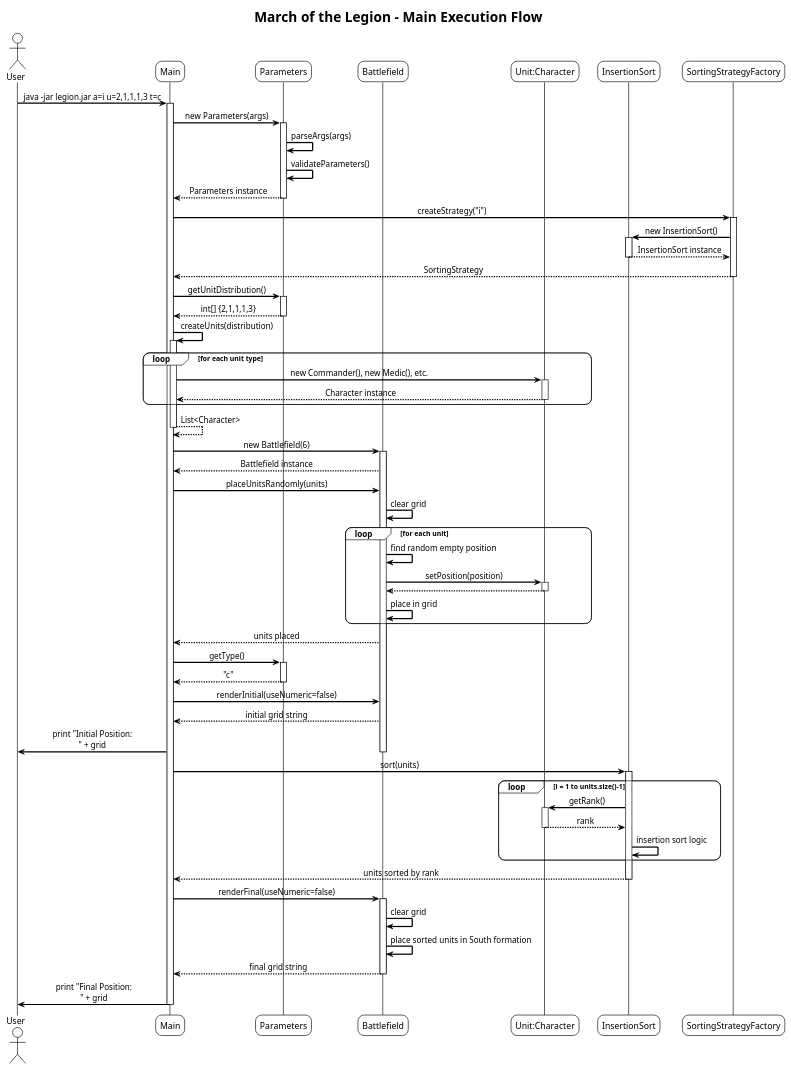
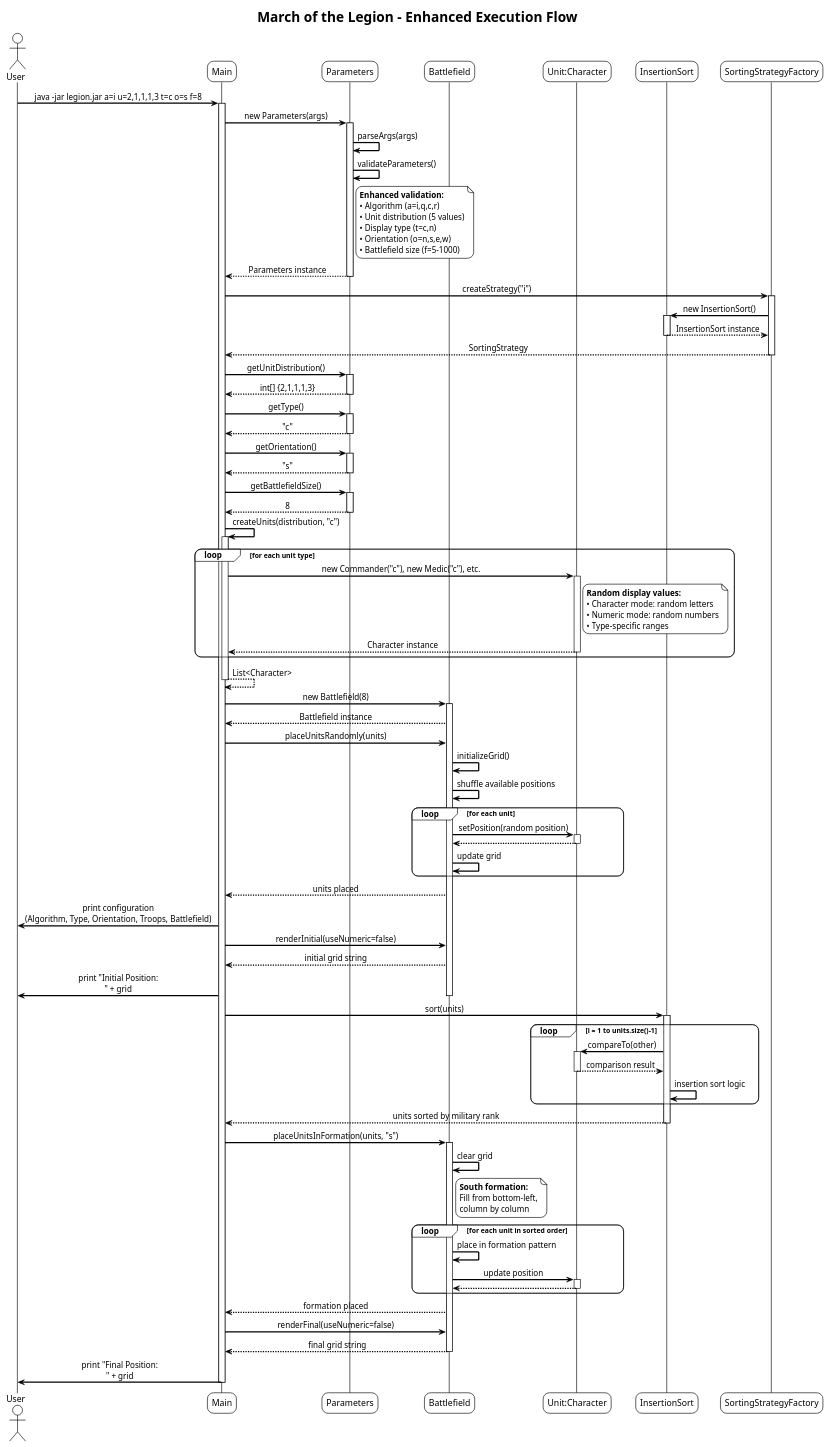
One commit to Jala-University/march-of-the-Legion changed the diagram in Diagrams/sequence-diagram.puml. Above: the diagram before and after it, drawn with PlantUML. The commit also changed 27 other files, not shown here.

```diff
--- a/Diagrams/sequence-diagram.puml
+++ b/Diagrams/sequence-diagram.puml
@@ -1,101 +1,141 @@
 @startuml sequence-diagram
 !theme plain
 skinparam sequenceArrowThickness 2
 skinparam roundcorner 20
 skinparam sequenceMessageAlign center
 
-title March of the Legion - Main Execution Flow
+title March of the Legion - Enhanced Execution Flow
 
 actor User
 participant Main
 participant Parameters
 participant Battlefield
 participant "Unit:Character" as Unit
 participant InsertionSort
 participant SortingStrategyFactory
 
-User -> Main : java -jar legion.jar a=i u=2,1,1,1,3 t=c
+User -> Main : java -jar legion.jar a=i u=2,1,1,1,3 t=c o=s f=8
 activate Main
 
 Main -> Parameters : new Parameters(args)
 activate Parameters
 Parameters -> Parameters : parseArgs(args)
 Parameters -> Parameters : validateParameters()
+note right of Parameters
+    **Enhanced validation:**
+    • Algorithm (a=i,q,c,r)
+    • Unit distribution (5 values)
+    • Display type (t=c,n)
+    • Orientation (o=n,s,e,w)
+    • Battlefield size (f=5-1000)
+end note
 Parameters --> Main : Parameters instance
 deactivate Parameters
 
 Main -> SortingStrategyFactory : createStrategy("i")
 activate SortingStrategyFactory
 SortingStrategyFactory -> InsertionSort : new InsertionSort()
 activate InsertionSort
 InsertionSort --> SortingStrategyFactory : InsertionSort instance
 deactivate InsertionSort
 SortingStrategyFactory --> Main : SortingStrategy
 deactivate SortingStrategyFactory
 
 Main -> Parameters : getUnitDistribution()
 activate Parameters
 Parameters --> Main : int[] {2,1,1,1,3}
 deactivate Parameters
 
-Main -> Main : createUnits(distribution)
+Main -> Parameters : getType()
+activate Parameters
+Parameters --> Main : "c"
+deactivate Parameters
+
+Main -> Parameters : getOrientation()
+activate Parameters
+Parameters --> Main : "s"
+deactivate Parameters
+
+Main -> Parameters : getBattlefieldSize()
+activate Parameters
+Parameters --> Main : 8
+deactivate Parameters
+
+Main -> Main : createUnits(distribution, "c")
 activate Main
 loop for each unit type
-    Main -> Unit : new Commander(), new Medic(), etc.
+    Main -> Unit : new Commander("c"), new Medic("c"), etc.
     activate Unit
+    note right of Unit
+        **Random display values:**
+        • Character mode: random letters
+        • Numeric mode: random numbers
+        • Type-specific ranges
+    end note
     Unit --> Main : Character instance
     deactivate Unit
 end
 Main --> Main : List<Character>
 deactivate Main
 
-Main -> Battlefield : new Battlefield(6)
+Main -> Battlefield : new Battlefield(8)
 activate Battlefield
 Battlefield --> Main : Battlefield instance
 
 Main -> Battlefield : placeUnitsRandomly(units)
-Battlefield -> Battlefield : clear grid
+Battlefield -> Battlefield : initializeGrid()
+Battlefield -> Battlefield : shuffle available positions
 loop for each unit
-    Battlefield -> Battlefield : find random empty position
-    Battlefield -> Unit : setPosition(position)
+    Battlefield -> Unit : setPosition(random position)
     activate Unit
     Unit --> Battlefield :
     deactivate Unit
-    Battlefield -> Battlefield : place in grid
+    Battlefield -> Battlefield : update grid
 end
 Battlefield --> Main : units placed
 
-Main -> Parameters : getType()
-activate Parameters
-Parameters --> Main : "c"
-deactivate Parameters
+Main -> User : print configuration\n(Algorithm, Type, Orientation, Troops, Battlefield)
 
 Main -> Battlefield : renderInitial(useNumeric=false)
 Battlefield --> Main : initial grid string
 Main -> User : print "Initial Position:\n" + grid
 deactivate Battlefield
 
 Main -> InsertionSort : sort(units)
 activate InsertionSort
 loop i = 1 to units.size()-1
-    InsertionSort -> Unit : getRank()
+    InsertionSort -> Unit : compareTo(other)
     activate Unit
-    Unit --> InsertionSort : rank
+    Unit --> InsertionSort : comparison result
     deactivate Unit
     InsertionSort -> InsertionSort : insertion sort logic
 end
-InsertionSort --> Main : units sorted by rank
+InsertionSort --> Main : units sorted by military rank
 deactivate InsertionSort
 
-Main -> Battlefield : renderFinal(useNumeric=false)
+Main -> Battlefield : placeUnitsInFormation(units, "s")
 activate Battlefield
 Battlefield -> Battlefield : clear grid
-Battlefield -> Battlefield : place sorted units in South formation
+note right of Battlefield
+    **South formation:**
+    Fill from bottom-left,
+    column by column
+end note
+loop for each unit in sorted order
+    Battlefield -> Battlefield : place in formation pattern
+    Battlefield -> Unit : update position
+    activate Unit
+    Unit --> Battlefield :
+    deactivate Unit
+end
+Battlefield --> Main : formation placed
+
+Main -> Battlefield : renderFinal(useNumeric=false)
 Battlefield --> Main : final grid string
 deactivate Battlefield
 
 Main -> User : print "Final Position:\n" + grid
 
 deactivate Main
 
 @enduml
```
